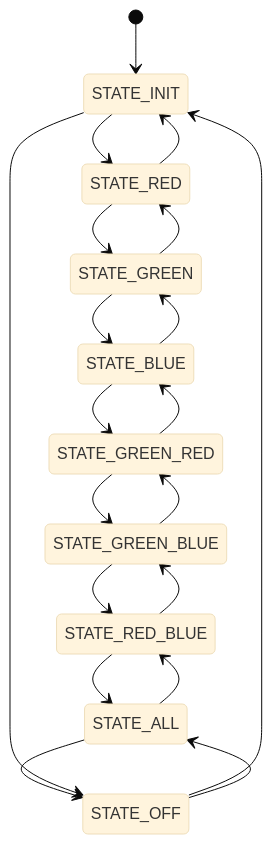
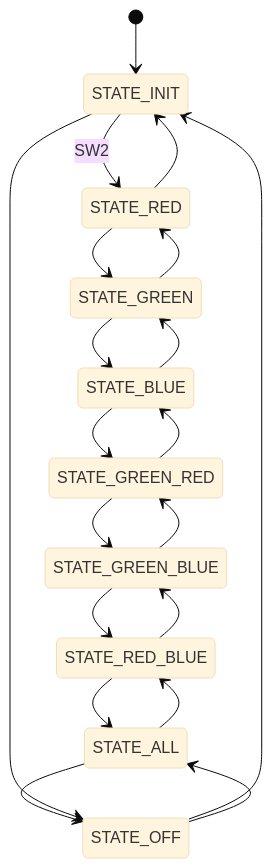
One commit to AngelMzno/iodraw-files changed the diagram in all/Mapa de Estado.md. Above: the diagram before and after it, drawn with Mermaid (base theme).

Commit message:
2024-09-03 19:55:29 update

````diff
--- a/all/Mapa de Estado.md
+++ b/all/Mapa de Estado.md
@@ -1,26 +1,26 @@
 ```mermaid
 stateDiagram-v2 
 [*]-->STATE_INIT
-STATE_INIT -->  STATE_RED 
+STATE_INIT -->  STATE_RED :SW2
 STATE_RED --> STATE_GREEN
 STATE_GREEN-->STATE_BLUE
 STATE_BLUE -->STATE_GREEN_RED
 STATE_GREEN_RED -->STATE_GREEN_BLUE
 STATE_GREEN_BLUE-->STATE_RED_BLUE
 STATE_RED_BLUE-->STATE_ALL
 STATE_ALL-->STATE_OFF
 STATE_OFF-->STATE_INIT
 
 STATE_INIT --> STATE_OFF
 STATE_RED --> STATE_INIT
 STATE_GREEN-->STATE_RED
 STATE_BLUE -->STATE_GREEN
 STATE_GREEN_RED -->STATE_BLUE
 STATE_GREEN_BLUE-->STATE_GREEN_RED
 STATE_RED_BLUE-->STATE_GREEN_BLUE
 STATE_ALL-->STATE_RED_BLUE
 STATE_OFF-->STATE_ALL
 
 
 
 ```
````
